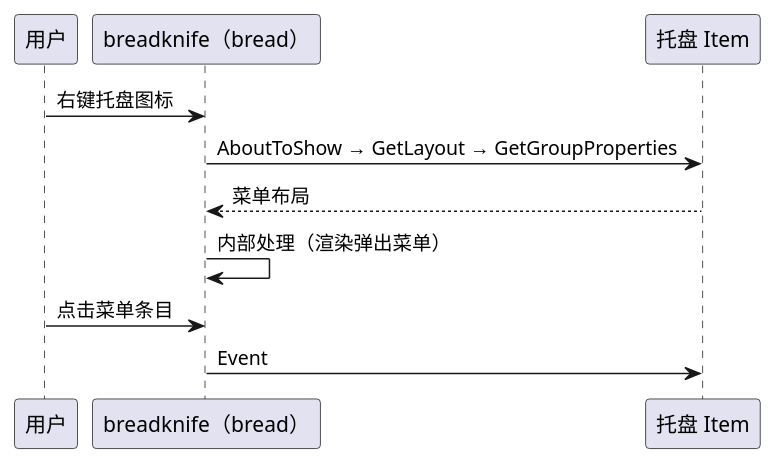
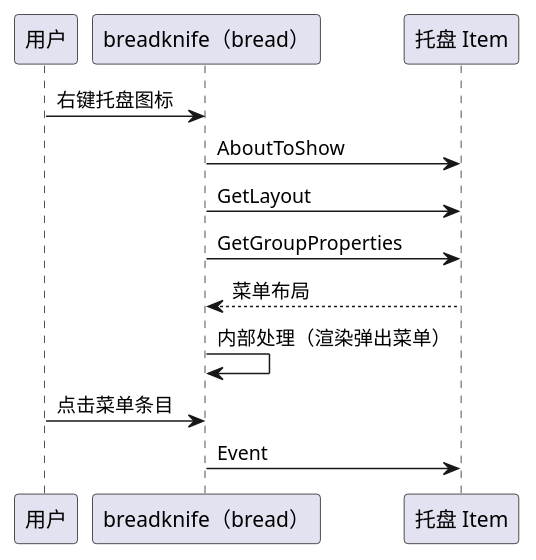
The diagram in diagram/breadknife-tray-menu.puml (54m43lJ/BreadKnife), drawn with PlantUML before and after one commit. The commit also changed 18 other files, not shown here.

```diff
--- a/diagram/breadknife-tray-menu.puml
+++ b/diagram/breadknife-tray-menu.puml
@@ -1,12 +1,14 @@
 @startuml breadknife-tray-menu
 participant 用户
 participant "breadknife（bread）" as bread
 participant "托盘 Item" as item
 
 用户 -> bread: 右键托盘图标
-bread -> item: AboutToShow → GetLayout → GetGroupProperties
+bread -> item: AboutToShow
+bread -> item: GetLayout
+bread -> item: GetGroupProperties
 item --> bread: 菜单布局
 bread -> bread: 内部处理（渲染弹出菜单）
 用户 -> bread: 点击菜单条目
 bread -> item: Event
 @enduml
```
